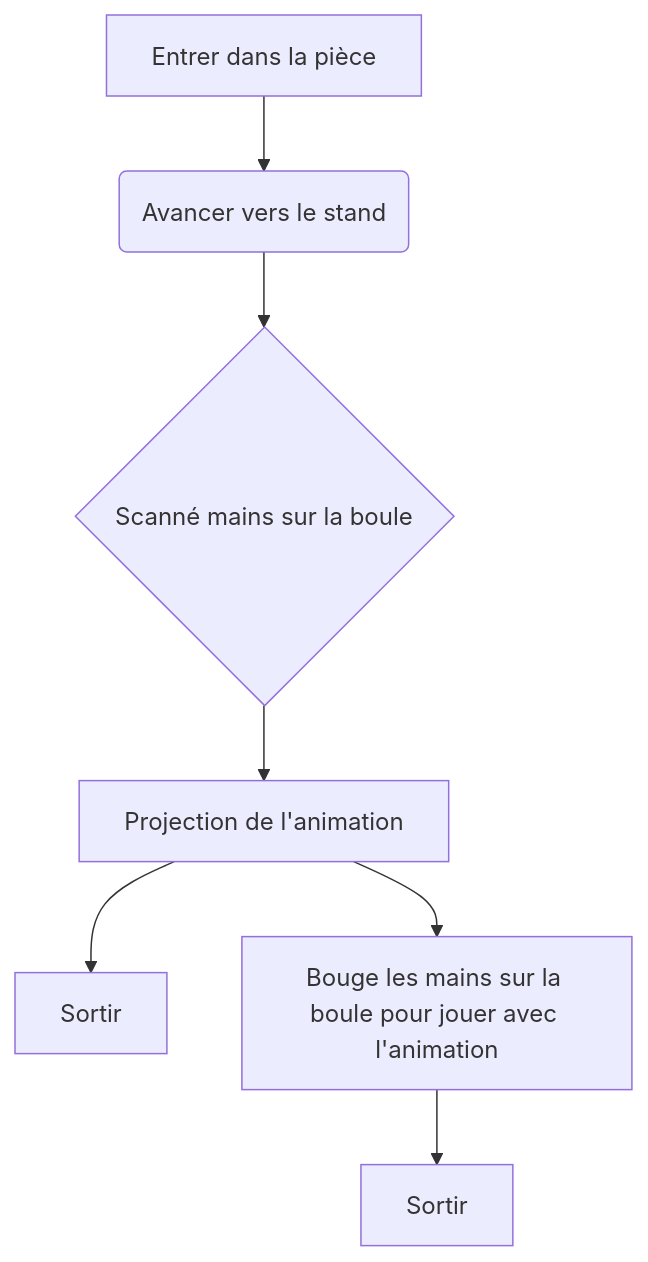
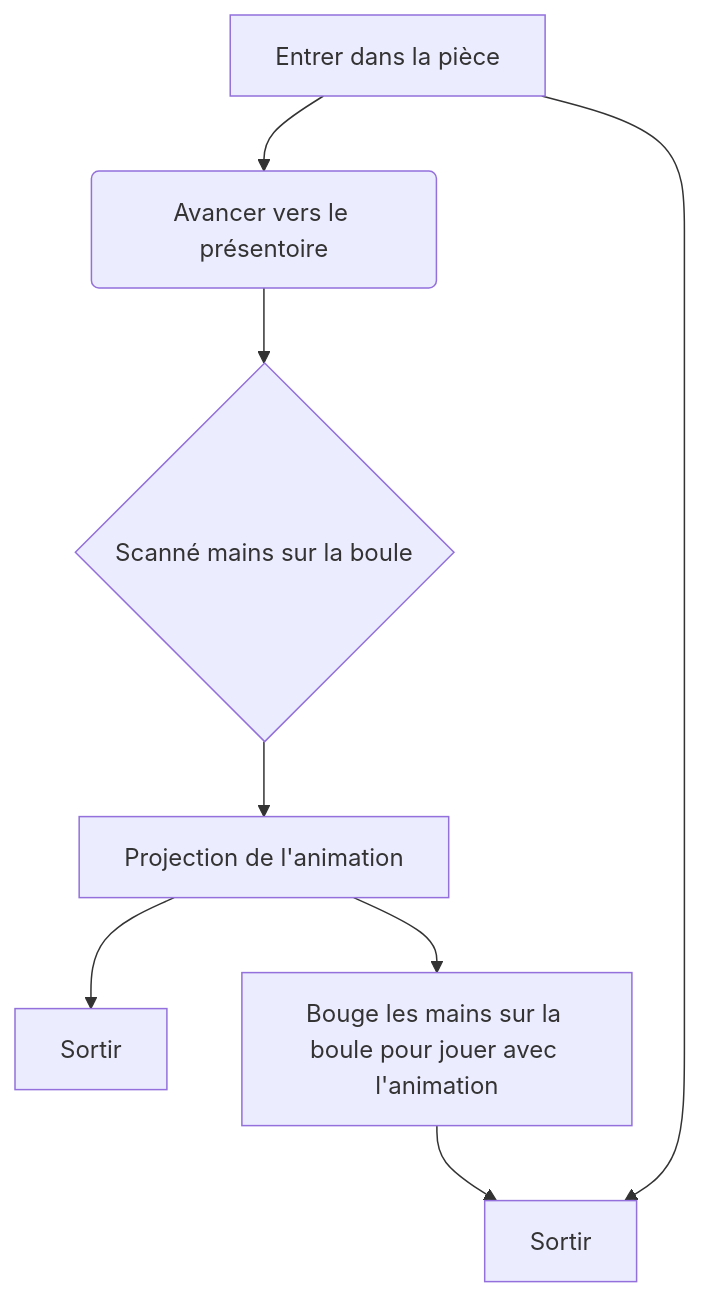
The diagram in README.md (Sitmonternna/scenariser_interactif), drawn with Mermaid before and after one commit.

````diff
--- a/README.md
+++ b/README.md
@@ -15,9 +15,10 @@
 ```mermaid
 flowchart TD
-   A[Entrer dans la pièce] --> B(Avancer vers le stand)
+   A[Entrer dans la pièce] --> B(Avancer vers le présentoire)
+     A--> G(Sortir)
     B --> C{Scanné mains sur la boule}
     C -->D[Projection de l'animation]
     D -->F[Sortir]
     D -->E[Bouge les mains sur la boule pour jouer avec l'animation]
     E -->G[Sortir]
 ```
````
